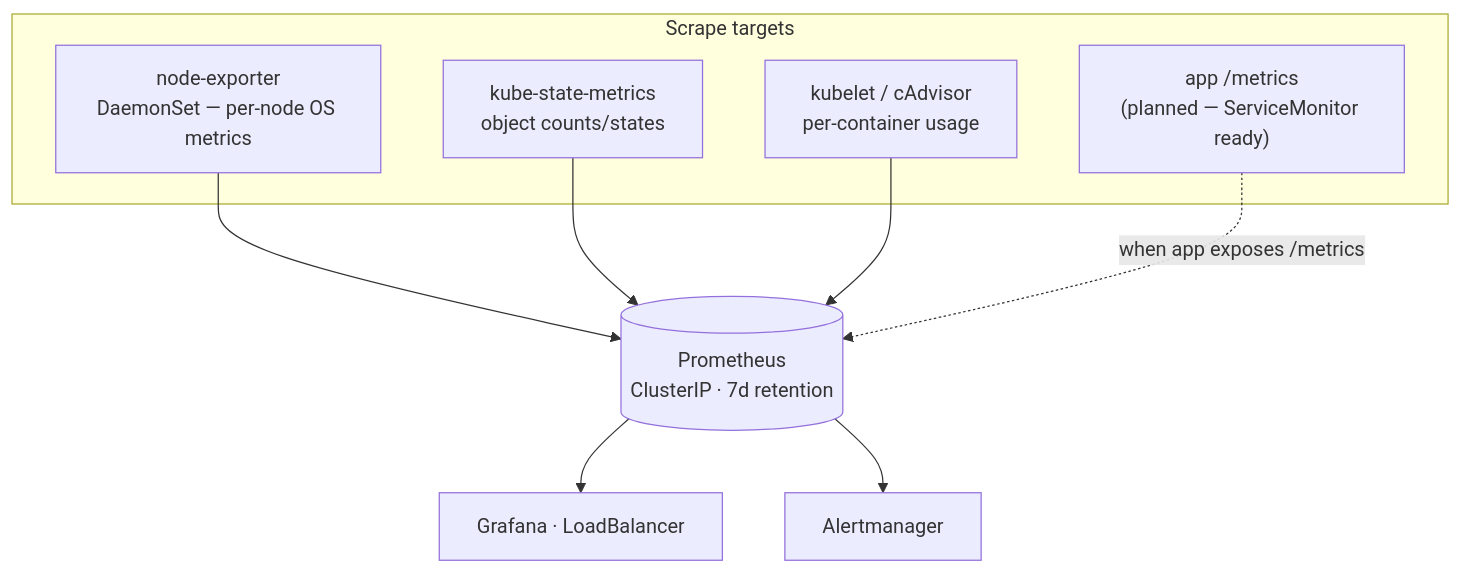
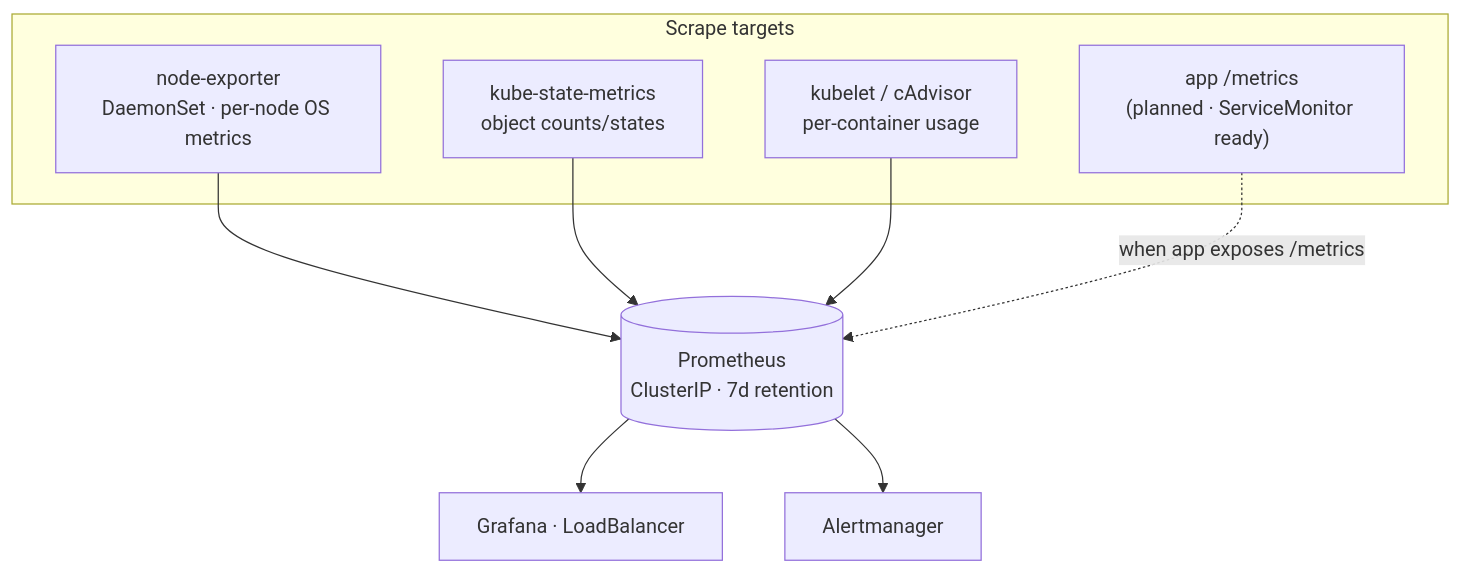
The second of 2 diagrams in docs/monitoring/README.md (Amith-Ganta/FastAPI-ML-EKS-Platform), drawn with Mermaid before and after one commit. The commit also changed other lines of this file, not shown here.

````diff
--- a/docs/monitoring/README.md
+++ b/docs/monitoring/README.md
@@ -38,15 +38,15 @@
 ```mermaid
 flowchart TB
     subgraph Scrape targets
-        NE[node-exporter<br/>DaemonSet — per-node OS metrics]
+        NE[node-exporter<br/>DaemonSet · per-node OS metrics]
         KSM[kube-state-metrics<br/>object counts/states]
         CAD[kubelet / cAdvisor<br/>per-container usage]
-        APP["app /metrics<br/>(planned — ServiceMonitor ready)"]
+        APP["app /metrics<br/>(planned · ServiceMonitor ready)"]
     end
     NE --> PROM[(Prometheus<br/>ClusterIP · 7d retention)]
     KSM --> PROM
     CAD --> PROM
     APP -. when app exposes /metrics .-> PROM
     PROM --> GRAF[Grafana · LoadBalancer]
     PROM --> AM[Alertmanager]
 ```
````
